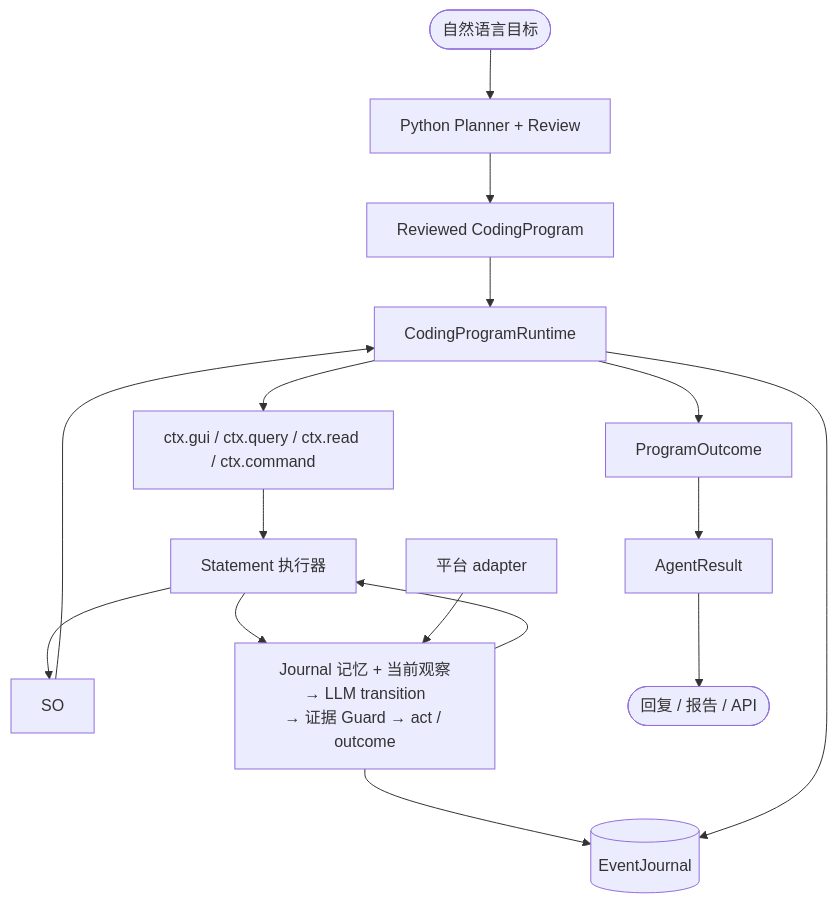
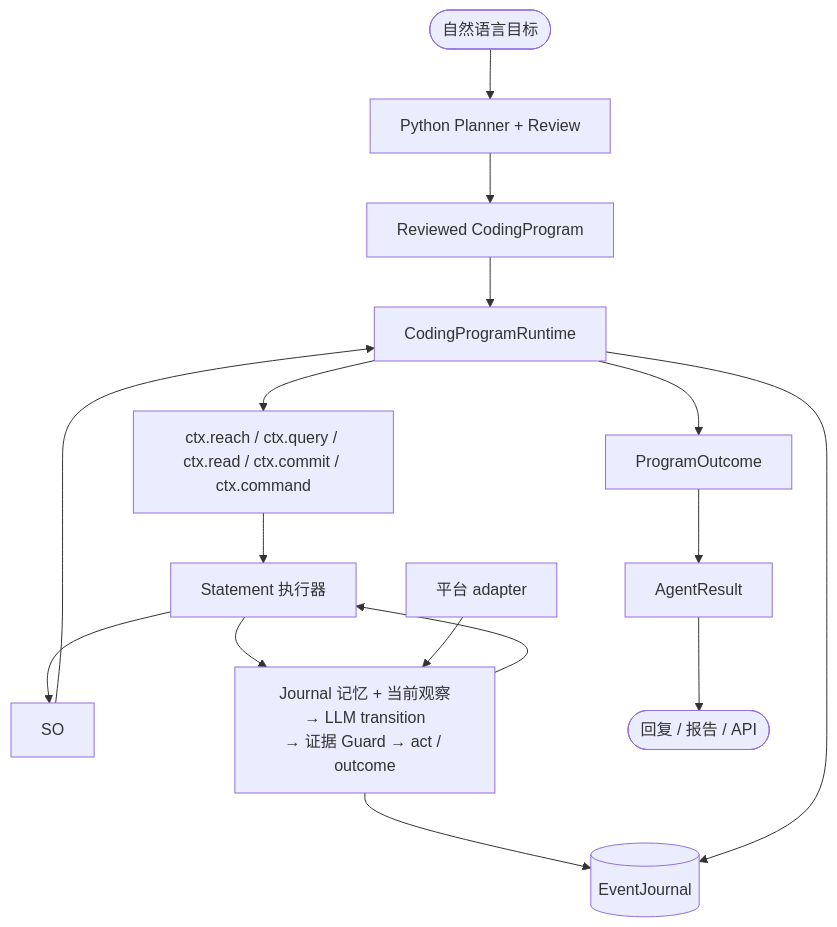
Before and after one commit to hyechow/GUIWeave: the diagram in README.zh-CN.md, drawn with Mermaid. The commit also changed other lines of this file and 19 other files, not shown here.

First line of the commit message:
refactor(orchestrator): rename ctx.gui→ctx.reach and ctx.write→ctx.commit

````diff
--- a/README.zh-CN.md
+++ b/README.zh-CN.md
@@ -73,22 +73,22 @@
 ```mermaid
 flowchart TD
     Goal([自然语言目标]) --> Planner[Python Planner + Review]
     Planner --> Prog[Reviewed CodingProgram]
     Prog --> RT[CodingProgramRuntime]
 
-    RT --> API[ctx.gui / ctx.query / ctx.read / ctx.command]
+    RT --> API[ctx.reach / ctx.query / ctx.read / ctx.commit / ctx.command]
     API --> SE[Statement 执行器]
     SE --> SO
     SO --> RT
 
     SE --> Loop[Journal 记忆 + 当前观察<br/>→ LLM transition<br/>→ 证据 Guard → act / outcome]
     Loop --> SE
     Loop --> Journal[(EventJournal)]
     RT --> Journal
 
     RT --> PO[ProgramOutcome]
     PO --> AR[AgentResult]
     AR --> Out([回复 / 报告 / API])
 
     Plat[平台 adapter] --> Loop
 ```
````
